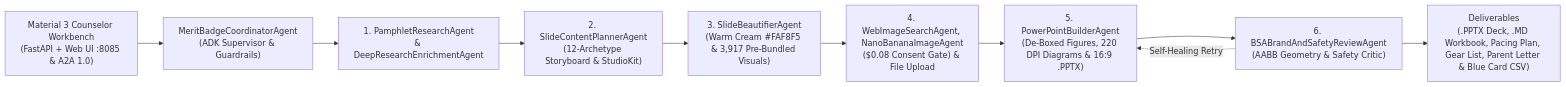
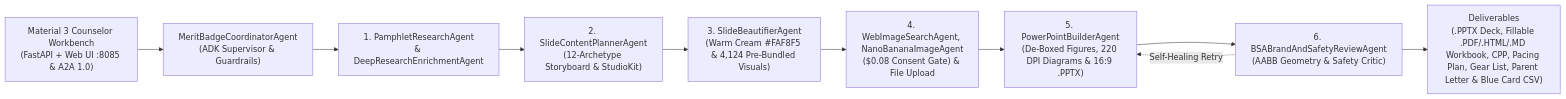
Before and after one commit to clayberg/scouts-bsa-merit-badge-agent: the first of 2 diagrams in README.md, drawn with Mermaid. The commit also changed other lines of this file and 193 other files, not shown here.

Commit message:
Implement v2.2 Speaker Notes, Context-Aware PII Guardrails, UI Decluttering, and 4-Pillar Workbook & CPP Upgrade

````diff
--- a/README.md
+++ b/README.md
@@ -252,12 +266,12 @@
 ```mermaid
 flowchart LR
     UIs["Material 3 Counselor Workbench<br/>(FastAPI + Web UI :8085 & A2A 1.0)"] --> Coord["MeritBadgeCoordinatorAgent<br/>(ADK Supervisor & Guardrails)"]
     Coord --> Res["1. PamphletResearchAgent<br/>& DeepResearchEnrichmentAgent"]
     Res --> Plan["2. SlideContentPlannerAgent<br/>(12-Archetype Storyboard & StudioKit)"]
-    Plan --> Beau["3. SlideBeautifierAgent<br/>(Warm Cream #FAF8F5 & 3,917 Pre-Bundled Visuals)"]
+    Plan --> Beau["3. SlideBeautifierAgent<br/>(Warm Cream #FAF8F5 & 4,124 Pre-Bundled Visuals)"]
     Beau --> ImgStudio["4. WebImageSearchAgent, NanoBananaImageAgent<br/>($0.08 Consent Gate) & File Upload"]
     ImgStudio --> Build["5. PowerPointBuilderAgent<br/>(De-Boxed Figures, 220 DPI Diagrams & 16:9 .PPTX)"]
     Build --> Rev["6. BSABrandAndSafetyReviewAgent<br/>(AABB Geometry & Safety Critic)"]
     Rev -.->|"Self-Healing Retry"| Build
-    Rev --> Out["Deliverables<br/>(.PPTX Deck, .MD Workbook, Pacing Plan, Gear List, Parent Letter & Blue Card CSV)"]
+    Rev --> Out["Deliverables<br/>(.PPTX Deck, Fillable .PDF/.HTML/.MD Workbook, CPP, Pacing Plan, Gear List, Parent Letter & Blue Card CSV)"]
 ```
````
